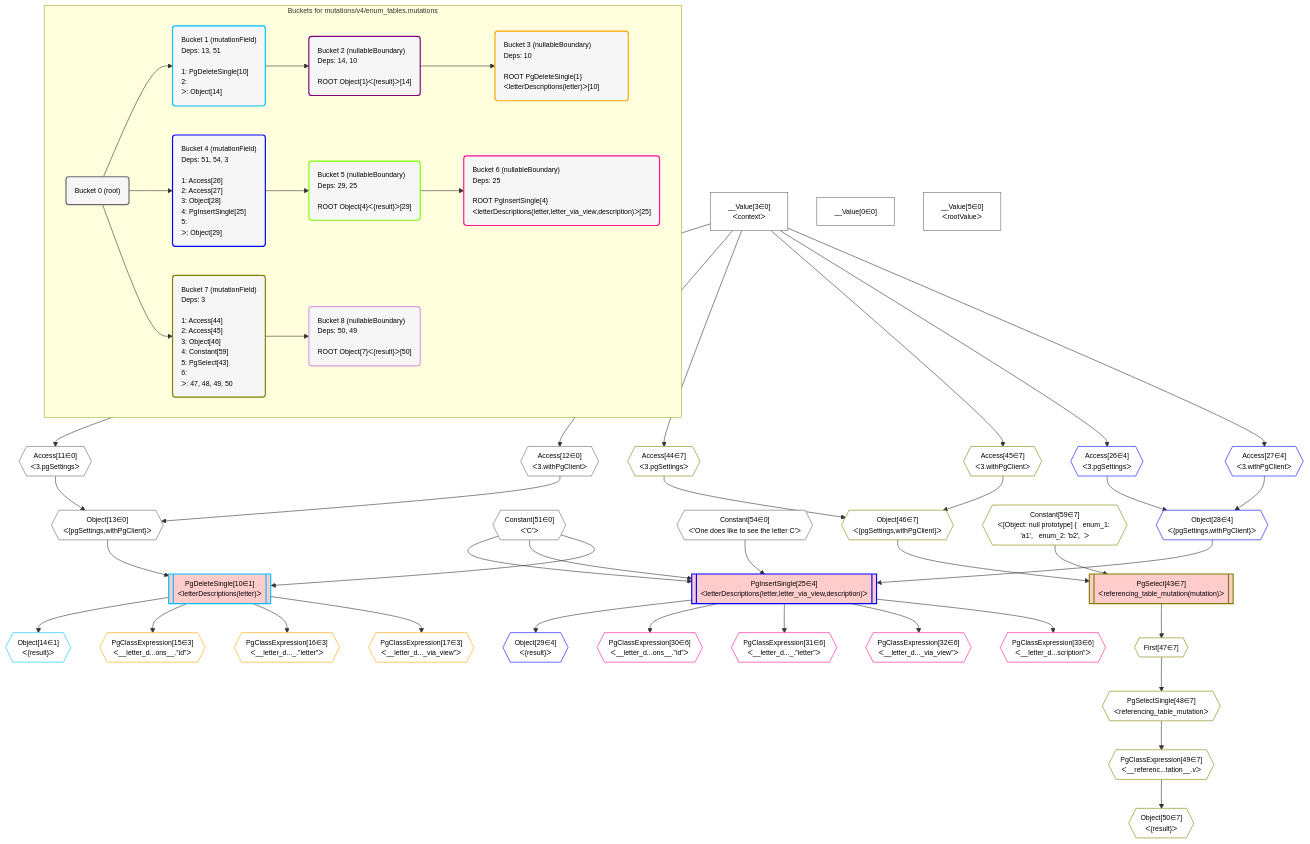
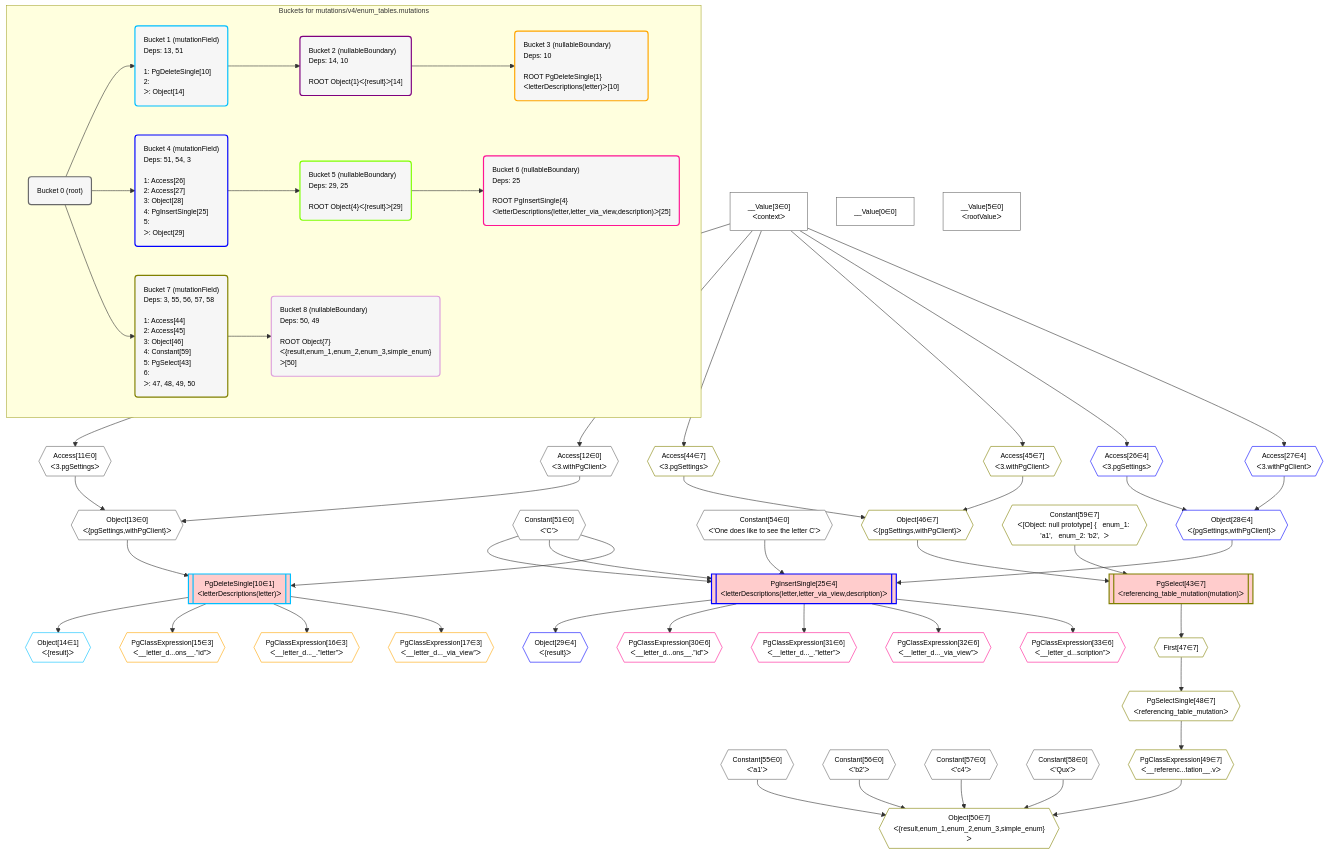
One commit to graphile/crystal changed the diagram in postgraphile/postgraphile/__tests__/mutations/v4/enum_tables.mutations.mermaid. Above: the diagram before and after it, drawn with Mermaid. The commit also changed 5 other files, not shown here.

```diff
--- a/postgraphile/postgraphile/__tests__/mutations/v4/enum_tables.mutations.mermaid
+++ b/postgraphile/postgraphile/__tests__/mutations/v4/enum_tables.mutations.mermaid
@@ -1,105 +1,109 @@
 %%{init: {'themeVariables': { 'fontSize': '12px'}}}%%
 graph TD
     classDef path fill:#eee,stroke:#000,color:#000
     classDef plan fill:#fff,stroke-width:1px,color:#000
     classDef itemplan fill:#fff,stroke-width:2px,color:#000
     classDef unbatchedplan fill:#dff,stroke-width:1px,color:#000
     classDef sideeffectplan fill:#fcc,stroke-width:2px,color:#000
     classDef bucket fill:#f6f6f6,color:#000,stroke-width:2px,text-align:left
 
 
     %% plan dependencies
     Object13{{"Object[13∈0]<br />ᐸ{pgSettings,withPgClient}ᐳ"}}:::plan
     Access11{{"Access[11∈0]<br />ᐸ3.pgSettingsᐳ"}}:::plan
     Access12{{"Access[12∈0]<br />ᐸ3.withPgClientᐳ"}}:::plan
     Access11 & Access12 --> Object13
     __Value3["__Value[3∈0]<br />ᐸcontextᐳ"]:::plan
     __Value3 --> Access11
     __Value3 --> Access12
     __Value0["__Value[0∈0]"]:::plan
     __Value5["__Value[5∈0]<br />ᐸrootValueᐳ"]:::plan
     Constant51{{"Constant[51∈0]<br />ᐸ'C'ᐳ"}}:::plan
     Constant54{{"Constant[54∈0]<br />ᐸ'One does like to see the letter C'ᐳ"}}:::plan
+    Constant55{{"Constant[55∈0]<br />ᐸ'a1'ᐳ"}}:::plan
+    Constant56{{"Constant[56∈0]<br />ᐸ'b2'ᐳ"}}:::plan
+    Constant57{{"Constant[57∈0]<br />ᐸ'c4'ᐳ"}}:::plan
+    Constant58{{"Constant[58∈0]<br />ᐸ'Qux'ᐳ"}}:::plan
+    Object50{{"Object[50∈7]<br />ᐸ{result,enum_1,enum_2,enum_3,simple_enum}ᐳ"}}:::plan
+    PgClassExpression49{{"PgClassExpression[49∈7]<br />ᐸ__referenc...tation__.vᐳ"}}:::plan
+    PgClassExpression49 & Constant55 & Constant56 & Constant57 & Constant58 --> Object50
     Object46{{"Object[46∈7]<br />ᐸ{pgSettings,withPgClient}ᐳ"}}:::plan
     Access44{{"Access[44∈7]<br />ᐸ3.pgSettingsᐳ"}}:::plan
     Access45{{"Access[45∈7]<br />ᐸ3.withPgClientᐳ"}}:::plan
     Access44 & Access45 --> Object46
     PgSelect43[["PgSelect[43∈7]<br />ᐸreferencing_table_mutation(mutation)ᐳ"]]:::sideeffectplan
     Constant59{{"Constant[59∈7]<br />ᐸ[Object: null prototype] {   enum_1: 'a1',   enum_2: 'b2',  ᐳ"}}:::plan
     Object46 & Constant59 --> PgSelect43
     __Value3 --> Access44
     __Value3 --> Access45
     First47{{"First[47∈7]"}}:::plan
     PgSelect43 --> First47
     PgSelectSingle48{{"PgSelectSingle[48∈7]<br />ᐸreferencing_table_mutationᐳ"}}:::plan
     First47 --> PgSelectSingle48
-    PgClassExpression49{{"PgClassExpression[49∈7]<br />ᐸ__referenc...tation__.vᐳ"}}:::plan
     PgSelectSingle48 --> PgClassExpression49
-    Object50{{"Object[50∈7]<br />ᐸ{result}ᐳ"}}:::plan
-    PgClassExpression49 --> Object50
     PgInsertSingle25[["PgInsertSingle[25∈4]<br />ᐸletterDescriptions(letter,letter_via_view,description)ᐳ"]]:::sideeffectplan
     Object28{{"Object[28∈4]<br />ᐸ{pgSettings,withPgClient}ᐳ"}}:::plan
     Object28 & Constant51 & Constant51 & Constant54 --> PgInsertSingle25
     Access26{{"Access[26∈4]<br />ᐸ3.pgSettingsᐳ"}}:::plan
     Access27{{"Access[27∈4]<br />ᐸ3.withPgClientᐳ"}}:::plan
     Access26 & Access27 --> Object28
     __Value3 --> Access26
     __Value3 --> Access27
     Object29{{"Object[29∈4]<br />ᐸ{result}ᐳ"}}:::plan
     PgInsertSingle25 --> Object29
     PgDeleteSingle10[["PgDeleteSingle[10∈1]<br />ᐸletterDescriptions(letter)ᐳ"]]:::sideeffectplan
     Object13 & Constant51 --> PgDeleteSingle10
     Object14{{"Object[14∈1]<br />ᐸ{result}ᐳ"}}:::plan
     PgDeleteSingle10 --> Object14
     PgClassExpression15{{"PgClassExpression[15∈3]<br />ᐸ__letter_d...ons__.”id”ᐳ"}}:::plan
     PgDeleteSingle10 --> PgClassExpression15
     PgClassExpression16{{"PgClassExpression[16∈3]<br />ᐸ__letter_d..._.”letter”ᐳ"}}:::plan
     PgDeleteSingle10 --> PgClassExpression16
     PgClassExpression17{{"PgClassExpression[17∈3]<br />ᐸ__letter_d..._via_view”ᐳ"}}:::plan
     PgDeleteSingle10 --> PgClassExpression17
     PgClassExpression30{{"PgClassExpression[30∈6]<br />ᐸ__letter_d...ons__.”id”ᐳ"}}:::plan
     PgInsertSingle25 --> PgClassExpression30
     PgClassExpression31{{"PgClassExpression[31∈6]<br />ᐸ__letter_d..._.”letter”ᐳ"}}:::plan
     PgInsertSingle25 --> PgClassExpression31
     PgClassExpression32{{"PgClassExpression[32∈6]<br />ᐸ__letter_d..._via_view”ᐳ"}}:::plan
     PgInsertSingle25 --> PgClassExpression32
     PgClassExpression33{{"PgClassExpression[33∈6]<br />ᐸ__letter_d...scription”ᐳ"}}:::plan
     PgInsertSingle25 --> PgClassExpression33
 
     %% define steps
 
     subgraph "Buckets for mutations/v4/enum_tables.mutations"
     Bucket0("Bucket 0 (root)"):::bucket
     classDef bucket0 stroke:#696969
-    class Bucket0,__Value0,__Value3,__Value5,Access11,Access12,Object13,Constant51,Constant54 bucket0
+    class Bucket0,__Value0,__Value3,__Value5,Access11,Access12,Object13,Constant51,Constant54,Constant55,Constant56,Constant57,Constant58 bucket0
     Bucket1("Bucket 1 (mutationField)<br />Deps: 13, 51<br /><br />1: PgDeleteSingle[10]<br />2: <br />ᐳ: Object[14]"):::bucket
     classDef bucket1 stroke:#00bfff
     class Bucket1,PgDeleteSingle10,Object14 bucket1
     Bucket2("Bucket 2 (nullableBoundary)<br />Deps: 14, 10<br /><br />ROOT Object{1}ᐸ{result}ᐳ[14]"):::bucket
     classDef bucket2 stroke:#7f007f
     class Bucket2 bucket2
     Bucket3("Bucket 3 (nullableBoundary)<br />Deps: 10<br /><br />ROOT PgDeleteSingle{1}ᐸletterDescriptions(letter)ᐳ[10]"):::bucket
     classDef bucket3 stroke:#ffa500
     class Bucket3,PgClassExpression15,PgClassExpression16,PgClassExpression17 bucket3
     Bucket4("Bucket 4 (mutationField)<br />Deps: 51, 54, 3<br /><br />1: Access[26]<br />2: Access[27]<br />3: Object[28]<br />4: PgInsertSingle[25]<br />5: <br />ᐳ: Object[29]"):::bucket
     classDef bucket4 stroke:#0000ff
     class Bucket4,PgInsertSingle25,Access26,Access27,Object28,Object29 bucket4
     Bucket5("Bucket 5 (nullableBoundary)<br />Deps: 29, 25<br /><br />ROOT Object{4}ᐸ{result}ᐳ[29]"):::bucket
     classDef bucket5 stroke:#7fff00
     class Bucket5 bucket5
     Bucket6("Bucket 6 (nullableBoundary)<br />Deps: 25<br /><br />ROOT PgInsertSingle{4}ᐸletterDescriptions(letter,letter_via_view,description)ᐳ[25]"):::bucket
     classDef bucket6 stroke:#ff1493
     class Bucket6,PgClassExpression30,PgClassExpression31,PgClassExpression32,PgClassExpression33 bucket6
-    Bucket7("Bucket 7 (mutationField)<br />Deps: 3<br /><br />1: Access[44]<br />2: Access[45]<br />3: Object[46]<br />4: Constant[59]<br />5: PgSelect[43]<br />6: <br />ᐳ: 47, 48, 49, 50"):::bucket
+    Bucket7("Bucket 7 (mutationField)<br />Deps: 3, 55, 56, 57, 58<br /><br />1: Access[44]<br />2: Access[45]<br />3: Object[46]<br />4: Constant[59]<br />5: PgSelect[43]<br />6: <br />ᐳ: 47, 48, 49, 50"):::bucket
     classDef bucket7 stroke:#808000
     class Bucket7,PgSelect43,Access44,Access45,Object46,First47,PgSelectSingle48,PgClassExpression49,Object50,Constant59 bucket7
-    Bucket8("Bucket 8 (nullableBoundary)<br />Deps: 50, 49<br /><br />ROOT Object{7}ᐸ{result}ᐳ[50]"):::bucket
+    Bucket8("Bucket 8 (nullableBoundary)<br />Deps: 50, 49<br /><br />ROOT Object{7}ᐸ{result,enum_1,enum_2,enum_3,simple_enum}ᐳ[50]"):::bucket
     classDef bucket8 stroke:#dda0dd
     class Bucket8 bucket8
     Bucket0 --> Bucket1 & Bucket4 & Bucket7
     Bucket1 --> Bucket2
     Bucket2 --> Bucket3
     Bucket4 --> Bucket5
     Bucket5 --> Bucket6
     Bucket7 --> Bucket8
     end
```
